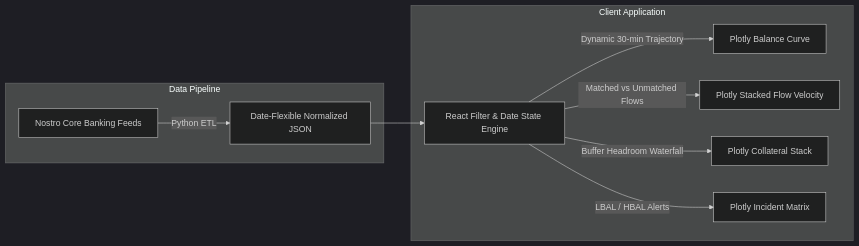
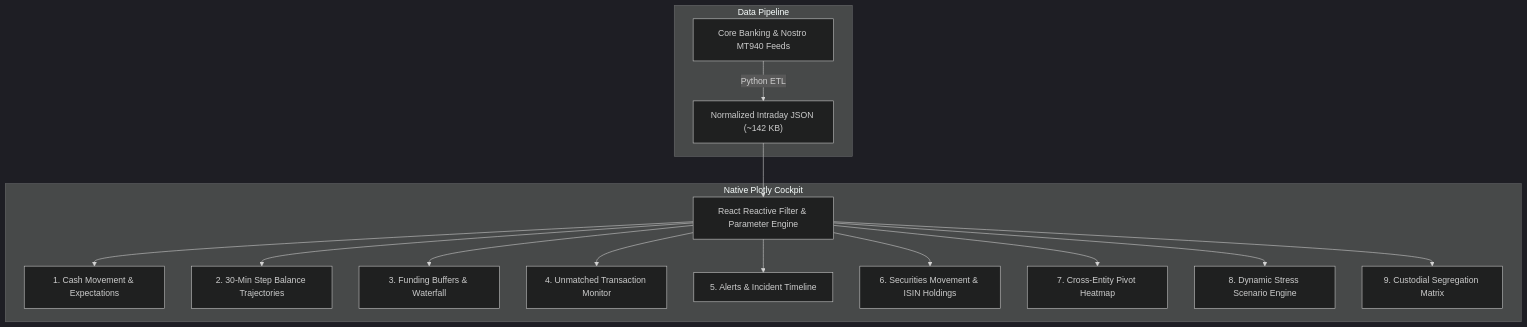
One commit to machinelearnz/RohitCuriosity changed the diagram in src/content/portfolio/intraday-liquidity-analytics-plotly-concept.md. Above: the diagram before and after it, drawn with Mermaid (dark theme). The commit also changed other lines of this file and 3 other files, not shown here.

Commit message:
feat(idl-plotly): recreate 9 visual dashboards with rich filters, dual charts, and dynamic stress engine

````diff
--- a/src/content/portfolio/intraday-liquidity-analytics-plotly-concept.md
+++ b/src/content/portfolio/intraday-liquidity-analytics-plotly-concept.md
@@ -25,14 +25,19 @@
 ```mermaid
-graph LR
+graph TD
     subgraph Data Pipeline
-        Ingestion["Nostro Core Banking Feeds"] -->|Python ETL| JSON["Date-Flexible Normalized JSON"]
+        Feeds["Core Banking & Nostro MT940 Feeds"] -->|Python ETL| JSON["Normalized Intraday JSON (~142 KB)"]
     end
     
-    subgraph Client Application
-        JSON --> State["React Filter & Date State Engine"]
-        State -->|Dynamic 30-min Trajectory| Chart1["Plotly Balance Curve"]
-        State -->|Matched vs Unmatched Flows| Chart2["Plotly Stacked Flow Velocity"]
-        State -->|Buffer Headroom Waterfall| Chart3["Plotly Collateral Stack"]
-        State -->|LBAL / HBAL Alerts| Chart4["Plotly Incident Matrix"]
+    subgraph Native Plotly Cockpit
+        JSON --> StateEngine["React Reactive Filter & Parameter Engine"]
+        StateEngine --> Module1["1. Cash Movement & Expectations"]
+        StateEngine --> Module2["2. 30-Min Step Balance Trajectories"]
+        StateEngine --> Module3["3. Funding Buffers & Waterfall"]
+        StateEngine --> Module4["4. Unmatched Transaction Monitor"]
+        StateEngine --> Module5["5. Alerts & Incident Timeline"]
+        StateEngine --> Module6["6. Securities Movement & ISIN Holdings"]
+        StateEngine --> Module7["7. Cross-Entity Pivot Heatmap"]
+        StateEngine --> Module8["8. Dynamic Stress Scenario Engine"]
+        StateEngine --> Module9["9. Custodial Segregation Matrix"]
     end
 ```
````
